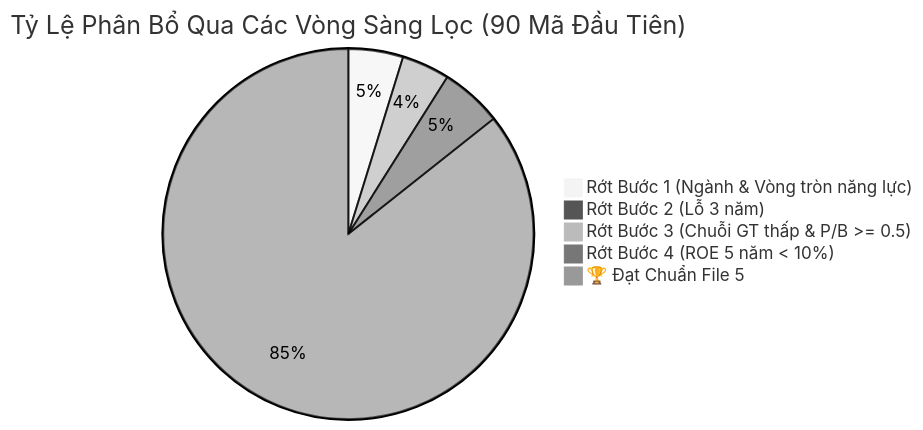
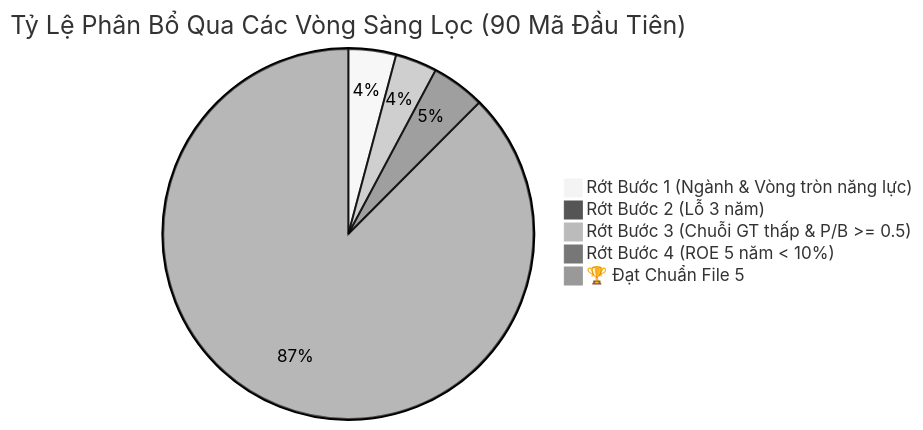
One commit to lenhan1102/pdf-analyzer changed the diagram in screenings/screening_dashboard.md. Above: the diagram before and after it, drawn with Mermaid (neutral theme). The commit also changed other lines of this file and 8 other files, not shown here.

````diff
--- a/screenings/screening_dashboard.md
+++ b/screenings/screening_dashboard.md
@@ -9,8 +9,8 @@
 ```mermaid
 pie title Tỷ Lệ Phân Bổ Qua Các Vòng Sàng Lọc (90 Mã Đầu Tiên)
     "Rớt Bước 1 (Ngành & Vòng tròn năng lực)" : 16
     "Rớt Bước 2 (Lỗ 3 năm)" : 1
     "Rớt Bước 3 (Chuỗi GT thấp & P/B >= 0.5)" : 14
     "Rớt Bước 4 (ROE 5 năm < 10%)" : 18
-    "🏆 Đạt Chuẩn File 5" : 287
+    "🏆 Đạt Chuẩn File 5" : 337
 ```
````
